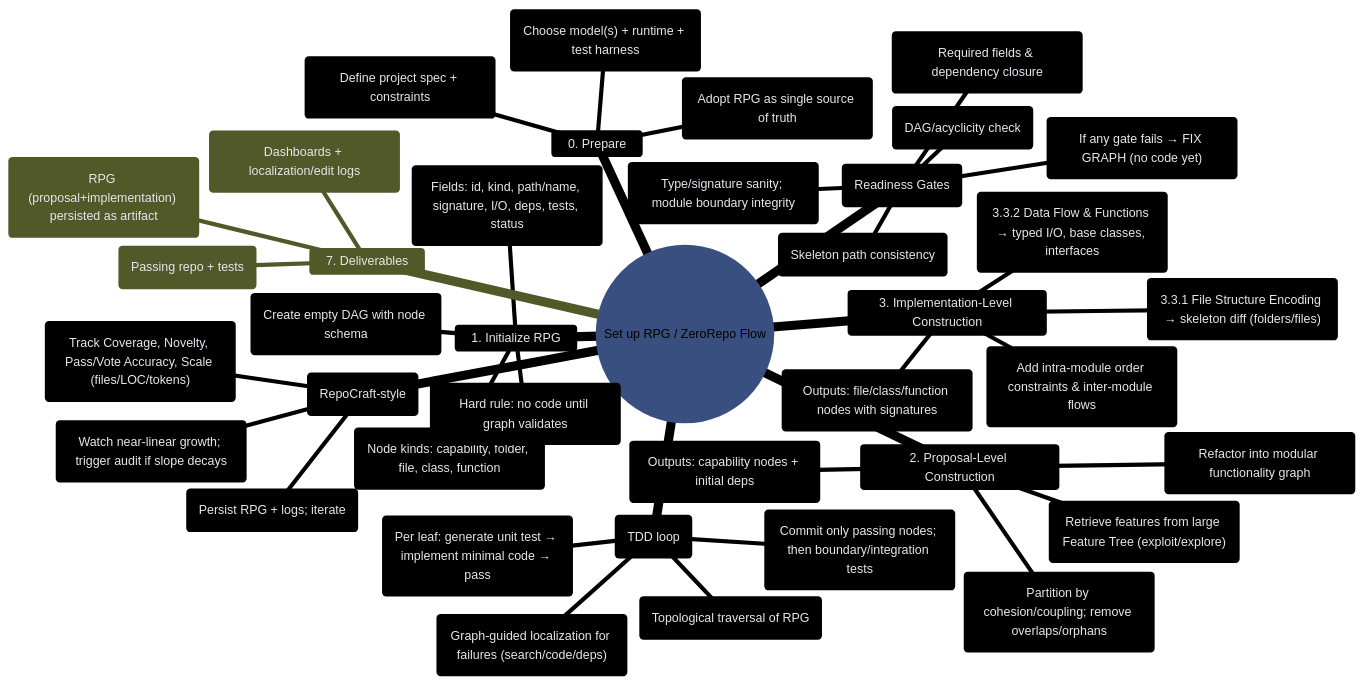
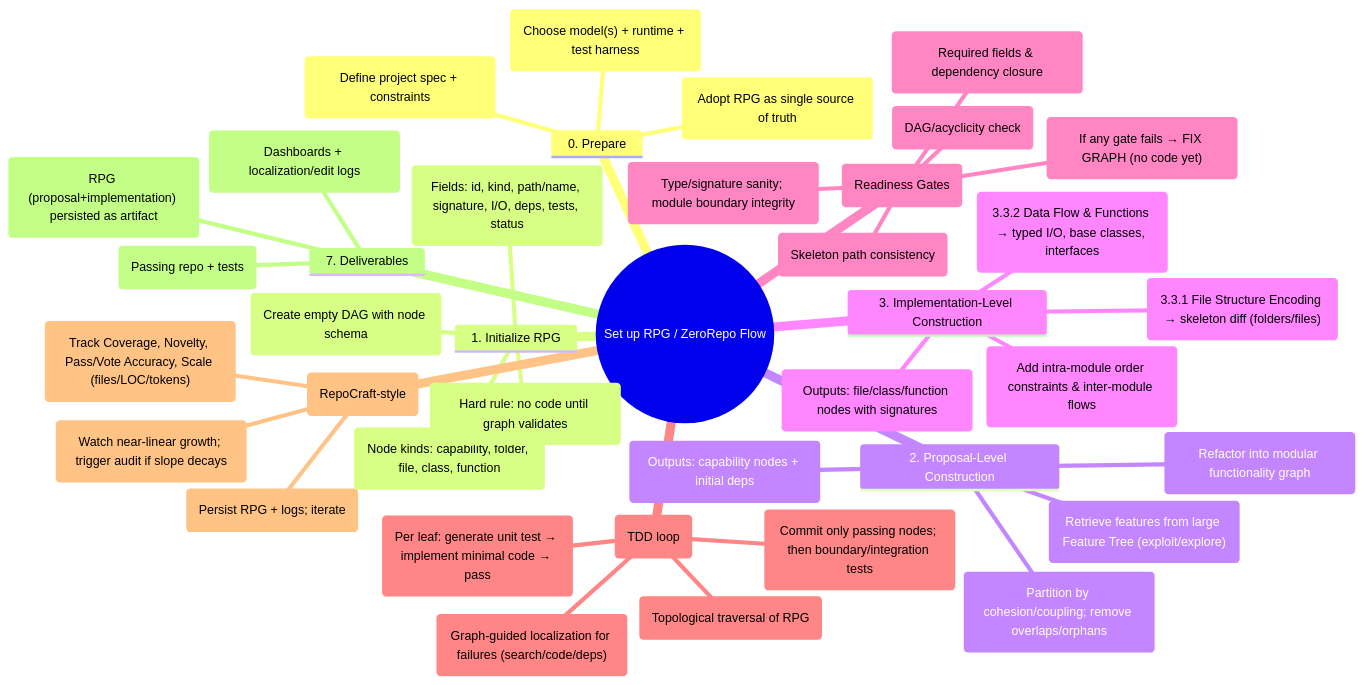
One commit to AcidicSoil/RPG changed the first of 4 diagrams in README.md. Above: the diagram before and after it, drawn with Mermaid. The commit also changed other lines of this file, not shown here.

````diff
--- a/README.md
+++ b/README.md
@@ -5,62 +5,62 @@
 ```mermaid
 %%{init: {
-  "theme": "base",
+  "theme": "",
   "themeVariables": {
     "darkMode": true,
     "background": "#0b1220",
     "textColor": "#e5e7eb",
     "primaryColor": "#111827",
     "primaryTextColor": "#e5e7eb",
     "secondaryColor": "#0f172a",
     "secondaryTextColor": "#e5e7eb",
     "tertiaryColor": "#0b1220",
     "lineColor": "#94a3b8",
     "edgeLabelBackground": "#0b1220",
     "fontFamily": "Inter, ui-sans-serif, system-ui, Segoe UI, Arial",
     "fontSize": "15px"
   },
   "themeCSS": ".mindmap-node rect, .mindmap-node circle, .mindmap-node path{stroke:#334155} .edgePaths path{stroke:#94a3b8}"
 }}%%
 mindmap
   root((Set up RPG / ZeroRepo Flow))
     0. Prepare
       ("Define project spec + constraints")
       ("Adopt RPG as single source of truth")
       ("Choose model(s) + runtime + test harness")
     1. Initialize RPG
       ("Create empty DAG with node schema")
       ("Node kinds: capability, folder, file, class, function")
       ("Fields: id, kind, path/name, signature, I/O, deps, tests, status")
       ("Hard rule: no code until graph validates")
     2. Proposal-Level Construction
       ("Retrieve features from large Feature Tree (exploit/explore)")
       ("Refactor into modular functionality graph")
       ("Partition by cohesion/coupling; remove overlaps/orphans")
       ("Outputs: capability nodes + initial deps")
     3. Implementation-Level Construction
       ("3.3.1 File Structure Encoding → skeleton diff (folders/files)")
       ("3.3.2 Data Flow & Functions → typed I/O, base classes, interfaces")
       ("Add intra-module order constraints & inter-module flows")
       ("Outputs: file/class/function nodes with signatures")
     4. Validate RPG (Readiness Gates)
       ("DAG/acyclicity check")
       ("Required fields & dependency closure")
       ("Type/signature sanity; module boundary integrity")
       ("Skeleton path consistency")
       ("If any gate fails → FIX GRAPH (no code yet)")
     5. Graph-Guided Generation (TDD loop)
       ("Topological traversal of RPG")
       ("Per leaf: generate unit test → implement minimal code → pass")
       ("Graph-guided localization for failures (search/code/deps)")
       ("Commit only passing nodes; then boundary/integration tests")
     6. CI & Metrics (RepoCraft-style)
       ("Track Coverage, Novelty, Pass/Vote Accuracy, Scale (files/LOC/tokens)")
       ("Watch near-linear growth; trigger audit if slope decays")
       ("Persist RPG + logs; iterate")
     7. Deliverables
       ("Passing repo + tests")
       ("RPG (proposal+implementation) persisted as artifact")
       ("Dashboards + localization/edit logs")
 
 
 ```
````
